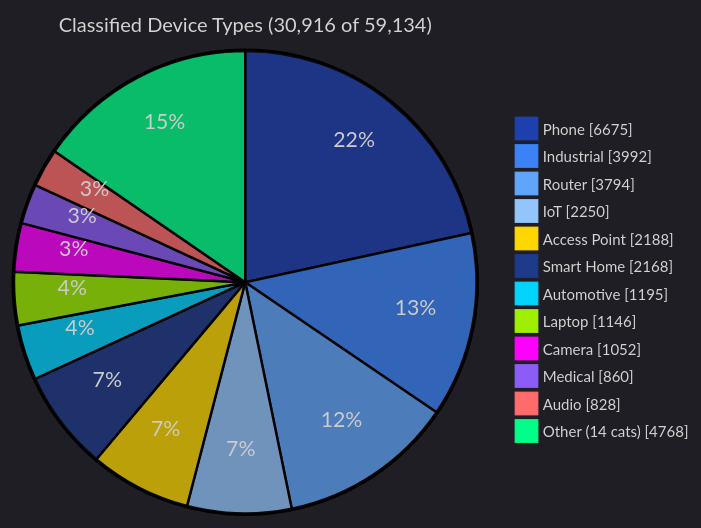
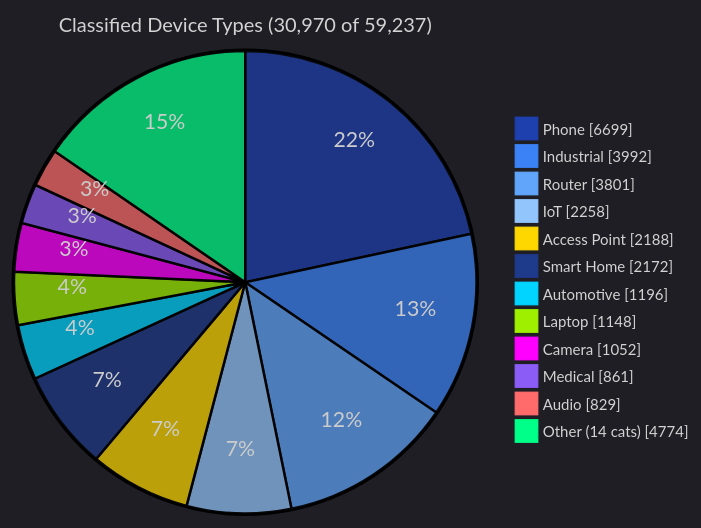
The fourth of 5 diagrams in data/readmes/Ringmast4r__OUI-Master-Database.md (zqf20096327/dbhub_collect), drawn with Mermaid before and after one commit. The commit also changed other lines of this file and 816 other files, not shown here.

````diff
--- a/data/readmes/Ringmast4r__OUI-Master-Database.md
+++ b/data/readmes/Ringmast4r__OUI-Master-Database.md
@@ -170,17 +170,17 @@
 ```mermaid
 %%{init: {'theme':'dark', 'themeVariables': {'pie1':'#1E40AF','pie2':'#3B82F6','pie3':'#60A5FA','pie4':'#93C5FD','pie5':'#FFD700','pie6':'#1E3A8A','pie7':'#00D4FF','pie8':'#9FEF00','pie9':'#FF00FF','pie10':'#8B5CF6','pie11':'#FF6B6B','pie12':'#00FF88','pieTitleTextSize':'16px','pieLegendTextSize':'12px'}}}%%
 pie showData
-    title Classified Device Types (30,916 of 59,134)
-    "Phone" : 6675
+    title Classified Device Types (30,970 of 59,237)
+    "Phone" : 6699
     "Industrial" : 3992
-    "Router" : 3794
-    "IoT" : 2250
+    "Router" : 3801
+    "IoT" : 2258
     "Access Point" : 2188
-    "Smart Home" : 2168
-    "Automotive" : 1195
-    "Laptop" : 1146
+    "Smart Home" : 2172
+    "Automotive" : 1196
+    "Laptop" : 1148
     "Camera" : 1052
-    "Medical" : 860
-    "Audio" : 828
-    "Other (14 cats)" : 4768
+    "Medical" : 861
+    "Audio" : 829
+    "Other (14 cats)" : 4774
 ```
````
